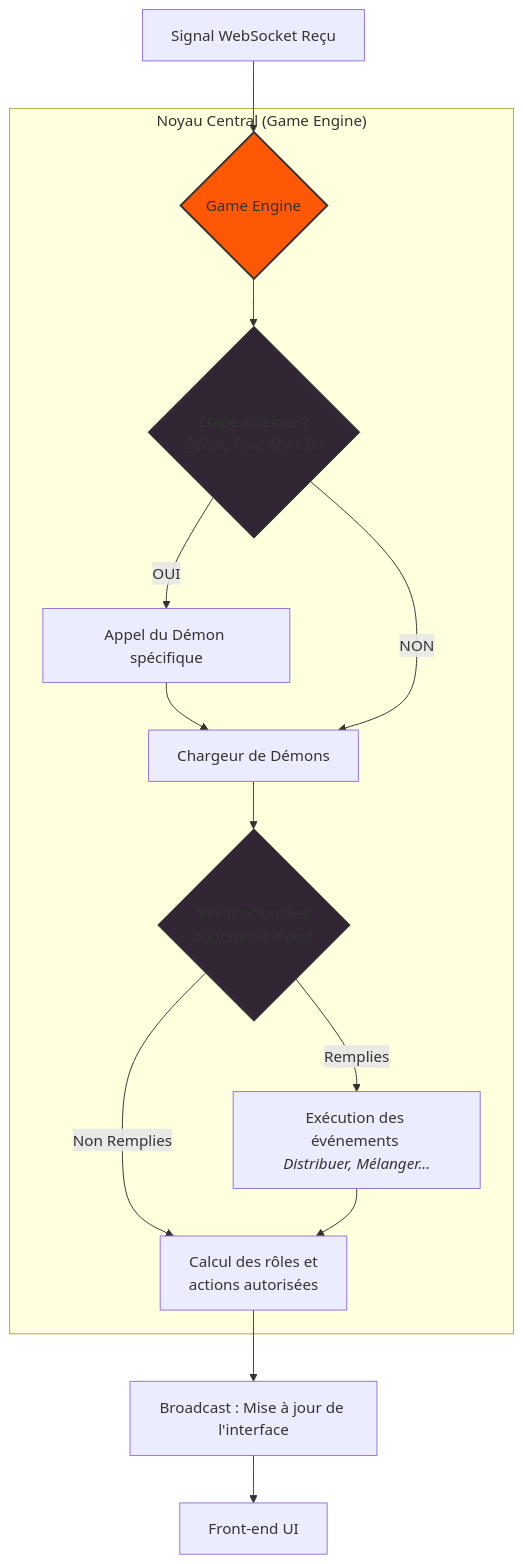
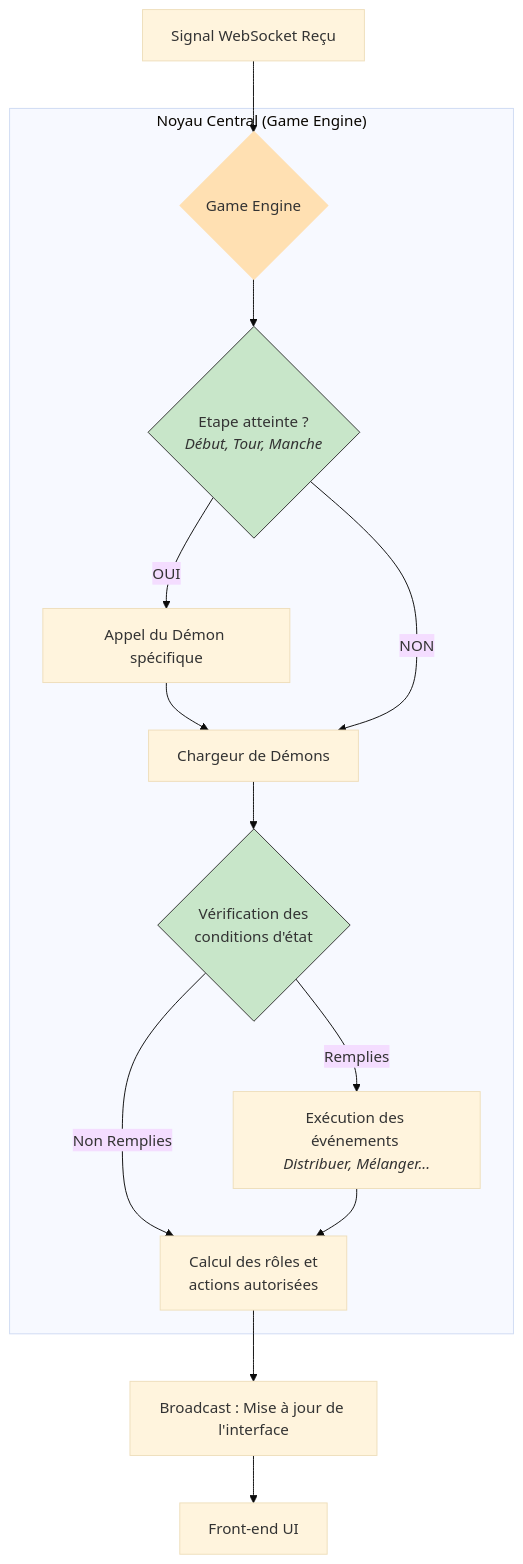
The second of 2 diagrams in README.md (MeyDetour/CARDGames-websocket), drawn with Mermaid before and after one commit. The commit also changed 6 other files, not shown here.

Commit message:
Refactor README.md diagrams for improved clarity and update logging in Conditions.js, PlayerManager.js, RoomManager.js, and Parser.js for better debugging. Add parser.md documentation and log file for condition execution details.

````diff
--- a/README.md
+++ b/README.md
@@ -104,32 +104,33 @@
 ```mermaid
-graph TD
-    %% Entrée
-    WS[Signal WebSocket Reçu] --> GE{Game Engine}
+---
+config:
+  theme: base
+---
+flowchart TB
+ subgraph subGraph0["Noyau Central (Game Engine)"]
+        StepCheck{"Etape atteinte ? <br><i>Début, Tour, Manche</i>"}
+        GE{"Game Engine"}
+        DemonSpecific["Appel du Démon spécifique"]
+        DemonLoader["Chargeur de Démons"]
+        CheckCond@{ label: "Vérification des <br>conditions d'état" }
+        ExecuteDemon["Exécution des événements <br><i>Distribuer, Mélanger...</i>"]
+        PlayerLogic["Calcul des rôles et <br>actions autorisées"]
+  end
+    WS["Signal WebSocket Reçu"] --> GE
+    GE --> StepCheck
+    StepCheck -- OUI --> DemonSpecific
+    DemonSpecific --> DemonLoader
+    StepCheck -- NON --> DemonLoader
+    DemonLoader --> CheckCond
+    CheckCond -- Remplies --> ExecuteDemon
+    CheckCond -- Non Remplies --> PlayerLogic
+    ExecuteDemon --> PlayerLogic
+    PlayerLogic --> Broadcast@{ label: "Broadcast : Mise à jour de l'interface" }
+    Broadcast --> Front["Front-end UI"]
 
-    subgraph "Noyau Central (Game Engine)"
-        GE --> StepCheck{Etape atteinte ? <br/><i>Début, Tour, Manche</i>}
-        
-        %% Branche Étapes Spécifiques
-        StepCheck -- OUI --> DemonSpecific[Appel du Démon spécifique]
-        
-        %% Convergence vers le Chargeur
-        DemonSpecific --> DemonLoader
-        StepCheck -- NON --> DemonLoader[Chargeur de Démons]
-        
-        %% Logique des Démons d'état
-        DemonLoader --> CheckCond{Vérification des <br/>conditions d'état}
-        CheckCond -- Remplies --> ExecuteDemon[Exécution des événements <br/><i>Distribuer, Mélanger...</i>]
-        CheckCond -- Non Remplies --> PlayerLogic
-        
-        ExecuteDemon --> PlayerLogic[Calcul des rôles et <br/>actions autorisées]
-    end
-
-    %% Sortie
-    PlayerLogic --> Broadcast[Broadcast : Mise à jour de l'interface]
-    Broadcast --> Front[Front-end UI]
-
-    %% Styles
-    style GE fill:#ff5804,stroke:#333,stroke-width:2px 
-    style StepCheck fill:#322635,stroke:#333
-    style CheckCond fill:#322635,stroke:#333 
+    CheckCond@{ shape: diamond}
+    Broadcast@{ shape: rect}
+    style StepCheck fill:#C8E6C9,stroke:#333
+    style GE fill:#FFE0B2,stroke:#FFE0B2,stroke-width:2px 
+    style CheckCond fill:#C8E6C9,stroke:#333
 ```
````
